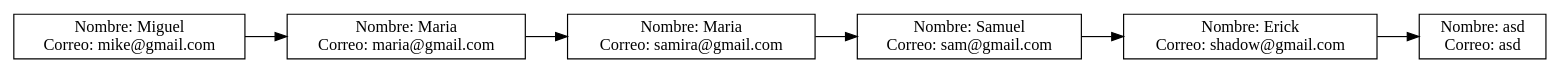
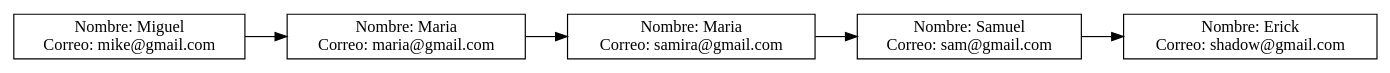
One commit to Kevin-alvarez1/PROYECTO_MULTIFASES_RED_SOCIAL changed the diagram in Fase1/output/usuarios.dot. Above: the diagram before and after it, drawn with Graphviz. The commit also changed 21 other files, not shown here.

```diff
--- a/Fase1/output/usuarios.dot
+++ b/Fase1/output/usuarios.dot
@@ -1,15 +1,13 @@
 digraph G {
 node [shape=record];
 rankdir=LR;
 node0 [label="{Nombre: Miguel\nCorreo: mike@gmail.com}"];
 node0 -> node1;
 node1 [label="{Nombre: Maria\nCorreo: maria@gmail.com}"];
 node1 -> node2;
 node2 [label="{Nombre: Maria\nCorreo: samira@gmail.com}"];
 node2 -> node3;
 node3 [label="{Nombre: Samuel\nCorreo: sam@gmail.com}"];
 node3 -> node4;
 node4 [label="{Nombre: Erick\nCorreo: shadow@gmail.com}"];
-node4 -> node5;
-node5 [label="{Nombre: asd\nCorreo: asd}"];
 }
```
